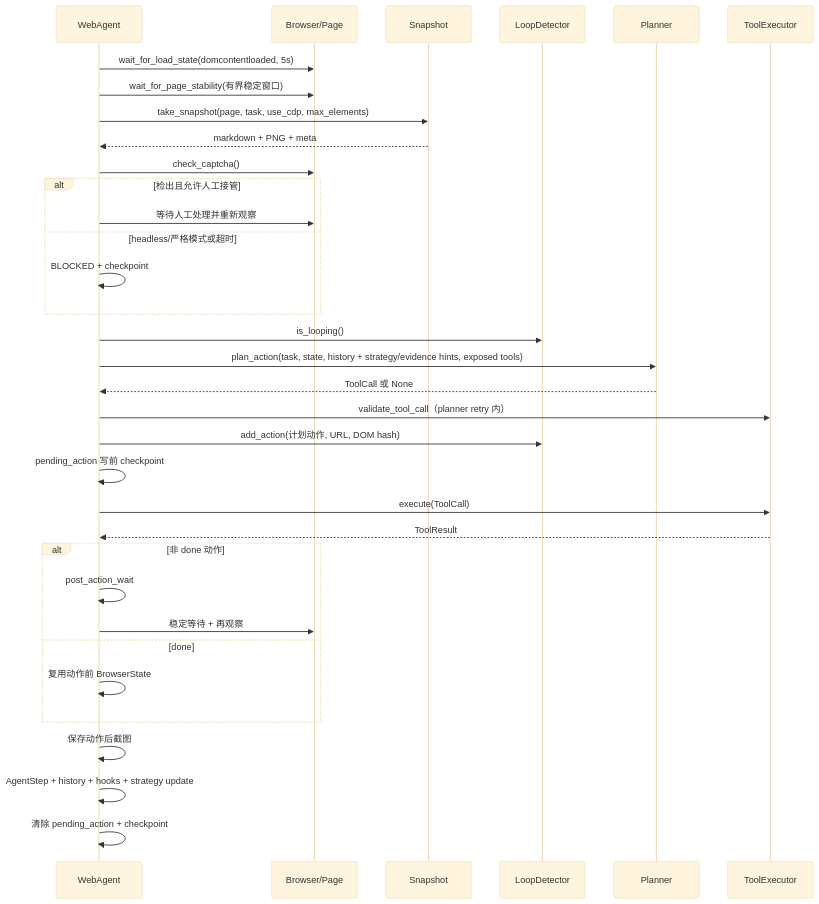
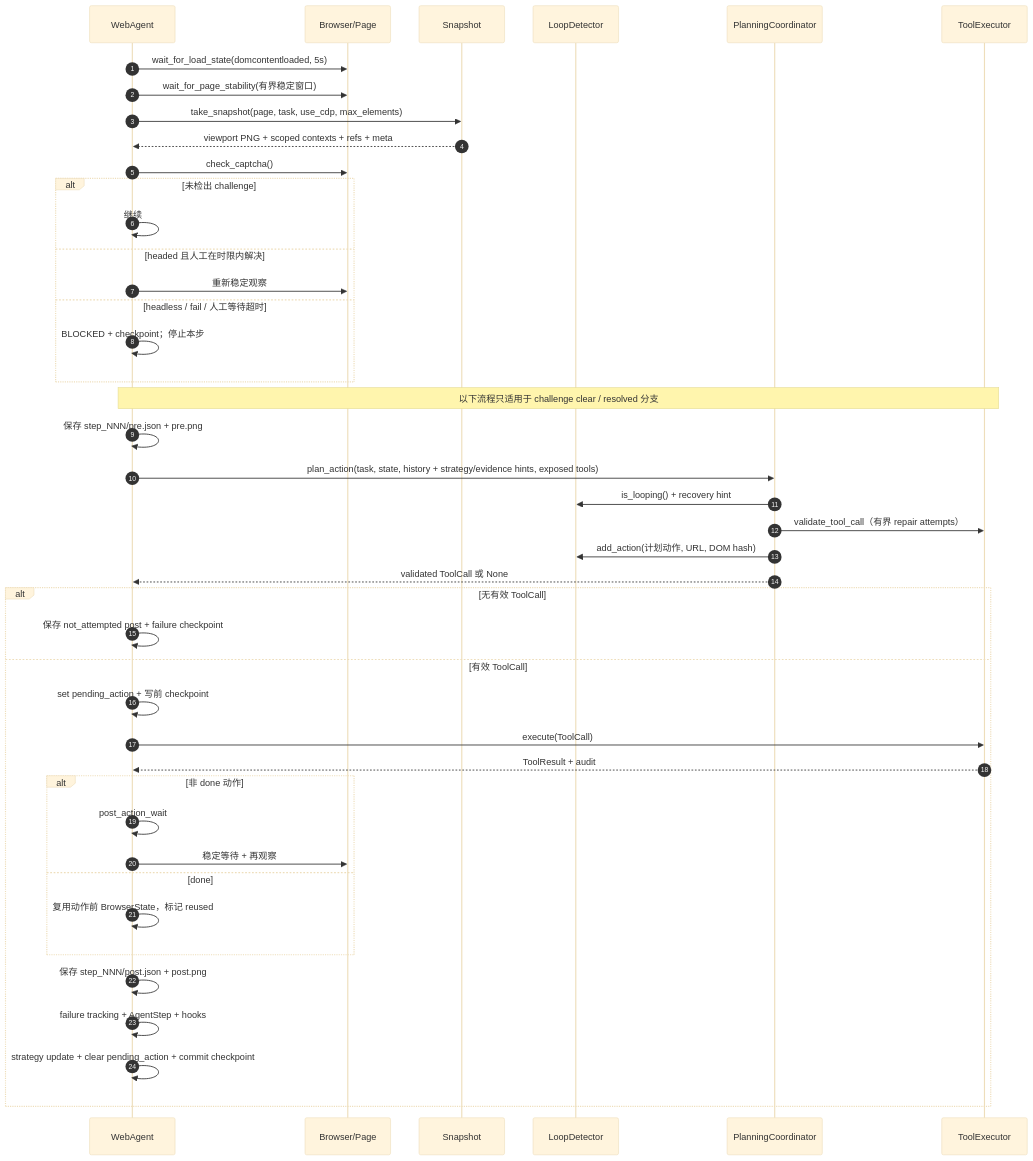
One commit to lixiuyin/web-agent changed the third of 5 diagrams in docs/understanding-zh/02-architecture-and-dataflow.md. Above: the diagram before and after it, drawn with Mermaid (base theme). The commit also changed other lines of this file and 2535 other files, not shown here.

````diff
--- a/docs/understanding-zh/02-architecture-and-dataflow.md
+++ b/docs/understanding-zh/02-architecture-and-dataflow.md
@@ -73,36 +98,45 @@
 ```mermaid
 sequenceDiagram
+    autonumber
     participant A as WebAgent
     participant B as Browser/Page
     participant S as Snapshot
     participant L as LoopDetector
-    participant P as Planner
+    participant P as PlanningCoordinator
     participant E as ToolExecutor
     A->>B: wait_for_load_state(domcontentloaded, 5s)
     A->>B: wait_for_page_stability(有界稳定窗口)
     A->>S: take_snapshot(page, task, use_cdp, max_elements)
-    S-->>A: markdown + PNG + meta
+    S-->>A: viewport PNG + scoped contexts + refs + meta
     A->>B: check_captcha()
-    alt 检出且允许人工接管
-        A->>B: 等待人工处理并重新观察
-    else headless/严格模式或超时
-        A->>A: BLOCKED + checkpoint
+    alt 未检出 challenge
+        A->>A: 继续
+    else headed 且人工在时限内解决
+        A->>B: 重新稳定观察
+    else headless / fail / 人工等待超时
+        A->>A: BLOCKED + checkpoint；停止本步
     end
-    A->>L: is_looping()
+    Note over A,E: 以下流程只适用于 challenge clear / resolved 分支
+    A->>A: 保存 step_NNN/pre.json + pre.png
     A->>P: plan_action(task, state, history + strategy/evidence hints, exposed tools)
-    P-->>A: ToolCall 或 None
-    A->>E: validate_tool_call（planner retry 内）
-    A->>L: add_action(计划动作, URL, DOM hash)
-    A->>A: pending_action 写前 checkpoint
-    A->>E: execute(ToolCall)
-    E-->>A: ToolResult
-    alt 非 done 动作
-        A->>A: post_action_wait
-        A->>B: 稳定等待 + 再观察
-    else done
-        A->>A: 复用动作前 BrowserState
+    P->>L: is_looping() + recovery hint
+    P->>E: validate_tool_call（有界 repair attempts）
+    P->>L: add_action(计划动作, URL, DOM hash)
+    P-->>A: validated ToolCall 或 None
+    alt 无有效 ToolCall
+        A->>A: 保存 not_attempted post + failure checkpoint
+    else 有效 ToolCall
+        A->>A: set pending_action + 写前 checkpoint
+        A->>E: execute(ToolCall)
+        E-->>A: ToolResult + audit
+        alt 非 done 动作
+            A->>A: post_action_wait
+            A->>B: 稳定等待 + 再观察
+        else done
+            A->>A: 复用动作前 BrowserState，标记 reused
+        end
+        A->>A: 保存 step_NNN/post.json + post.png
+        A->>A: failure tracking + AgentStep + hooks
+        A->>A: strategy update + clear pending_action + commit checkpoint
     end
-    A->>A: 保存动作后截图
-    A->>A: AgentStep + history + hooks + strategy update
-    A->>A: 清除 pending_action + checkpoint
 ```
````
